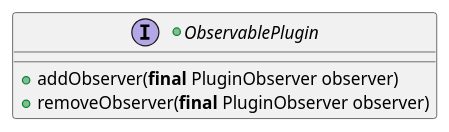
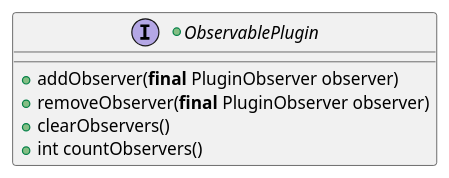
Before and after one commit to calypsonet/keyple: diagram 24 of 47 in src/KeypleCoreApi/ApplicationApi/puml/KeypleCore-ApplicationApi-ClassDiag-SE_Proxy-ClassElements.iuml, drawn with PlantUML. The commit also changed other lines of this file and 4 other files, not shown here.

```diff
--- a/src/KeypleCoreApi/ApplicationApi/puml/KeypleCore-ApplicationApi-ClassDiag-SE_Proxy-ClassElements.iuml
+++ b/src/KeypleCoreApi/ApplicationApi/puml/KeypleCore-ApplicationApi-ClassDiag-SE_Proxy-ClassElements.iuml
@@ -263,6 +263,8 @@
 @startuml(id=SEPROXY_OBSERVABLEPLUGIN_0_9_0)
 +interface ObservablePlugin {
   +addObserver(<b>final</b> PluginObserver observer)
   +removeObserver(<b>final</b> PluginObserver observer)
+  +clearObservers()
+  +int countObservers()
 }
 @enduml
```
